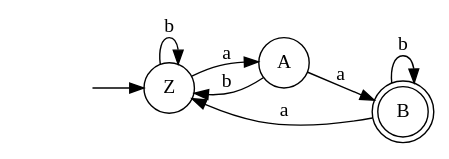
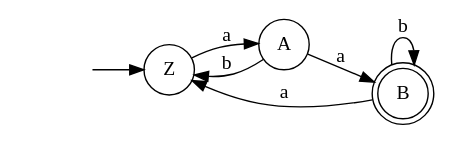
One commit to dmarkov00/practical-automata changed the diagram in graph.dot. Above: the diagram before and after it, drawn with Graphviz. The commit also changed 6 other files, not shown here.

```diff
--- a/graph.dot
+++ b/graph.dot
@@ -1,15 +1,14 @@
 digraph myAutomaton {
 rankdir=LR;
 "" [shape=none]
 
 "Z" [shape=circle]
 "A" [shape=circle]
 "B" [shape=doublecircle]
 "" -> "Z"
 "Z" -> "A"[label="a"] 
-"Z" -> "Z"[label="b"] 
 "A" -> "Z"[label="b"] 
 "A" -> "B"[label="a"] 
 "B" -> "B"[label="b"] 
 "B" -> "Z"[label="a"] 
 }
```
